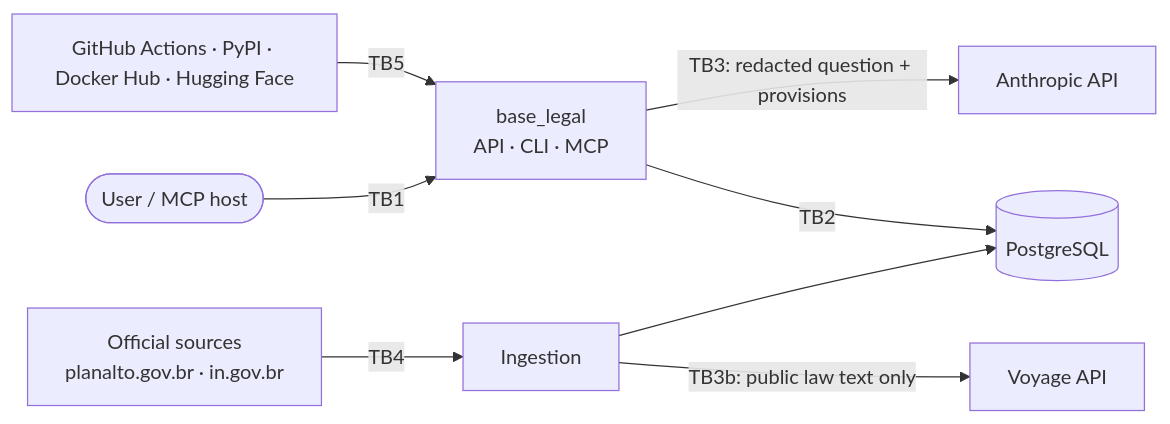
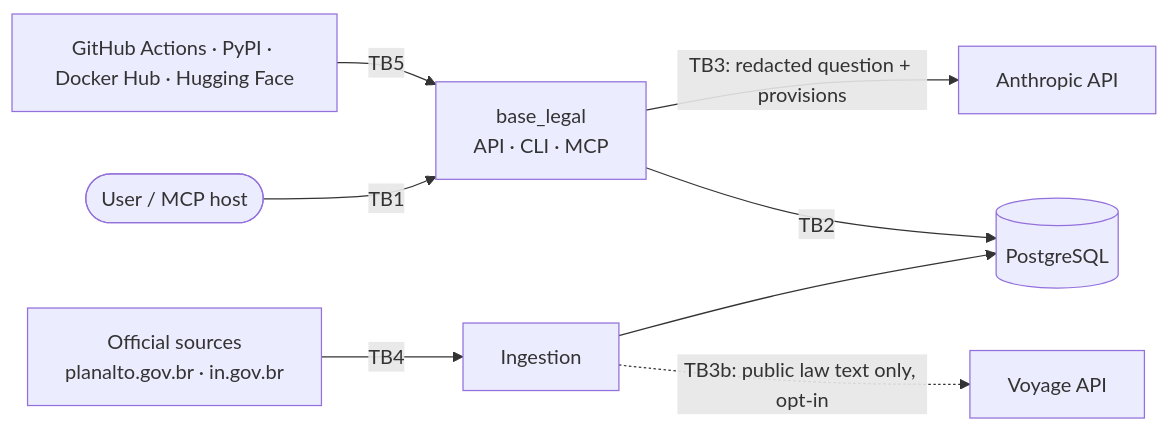
The diagram in docs/THREAT_MODEL.md (lucianocf/base-legal), drawn with Mermaid before and after one commit. The commit also changed other lines of this file and 11 other files, not shown here.

````diff
--- a/docs/THREAT_MODEL.md
+++ b/docs/THREAT_MODEL.md
@@ -34,10 +34,10 @@
 ```mermaid
 flowchart LR
     U([User / MCP host]) -- TB1 --> APP[base_legal<br/>API · CLI · MCP]
     APP -- TB2 --> DB[(PostgreSQL)]
     APP -- TB3: redacted question + provisions --> ANT[Anthropic API]
-    ING -- TB3b: public law text only --> VOY[Voyage API]
+    ING -. TB3b: public law text only, opt-in .-> VOY[Voyage API]
     SRC[Official sources<br/>planalto.gov.br · in.gov.br] -- TB4 --> ING[Ingestion]
     ING --> DB
     GH[GitHub Actions · PyPI · Docker Hub · Hugging Face] -- TB5 --> APP
 ```
````
